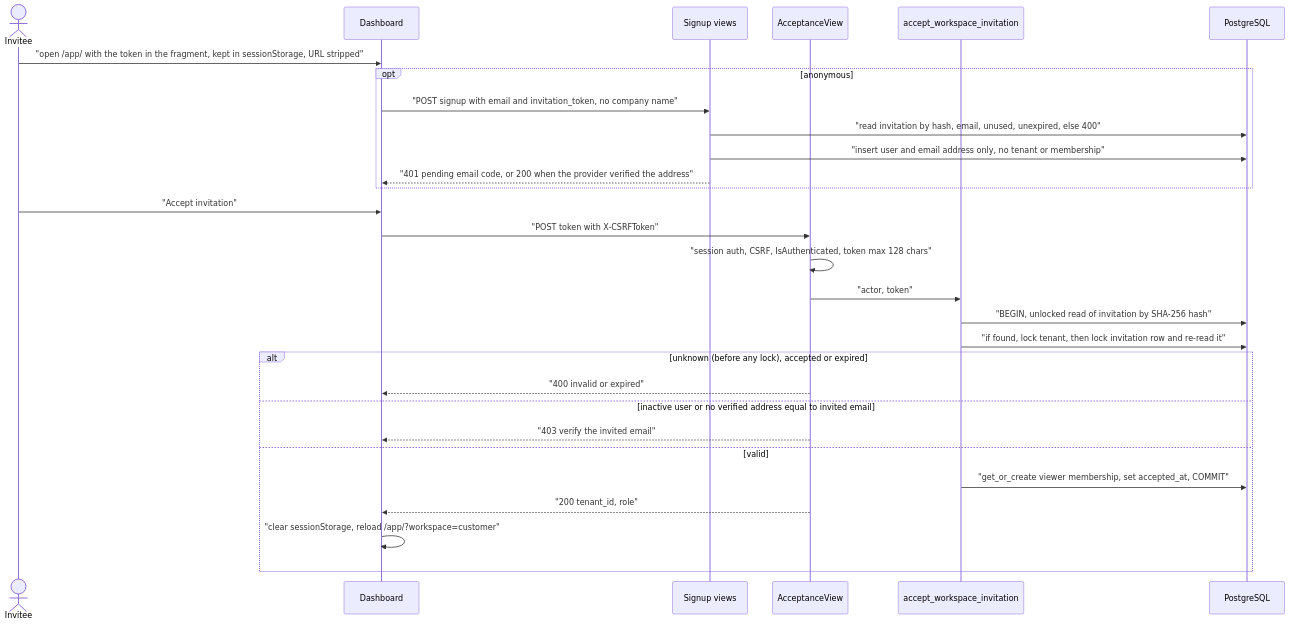
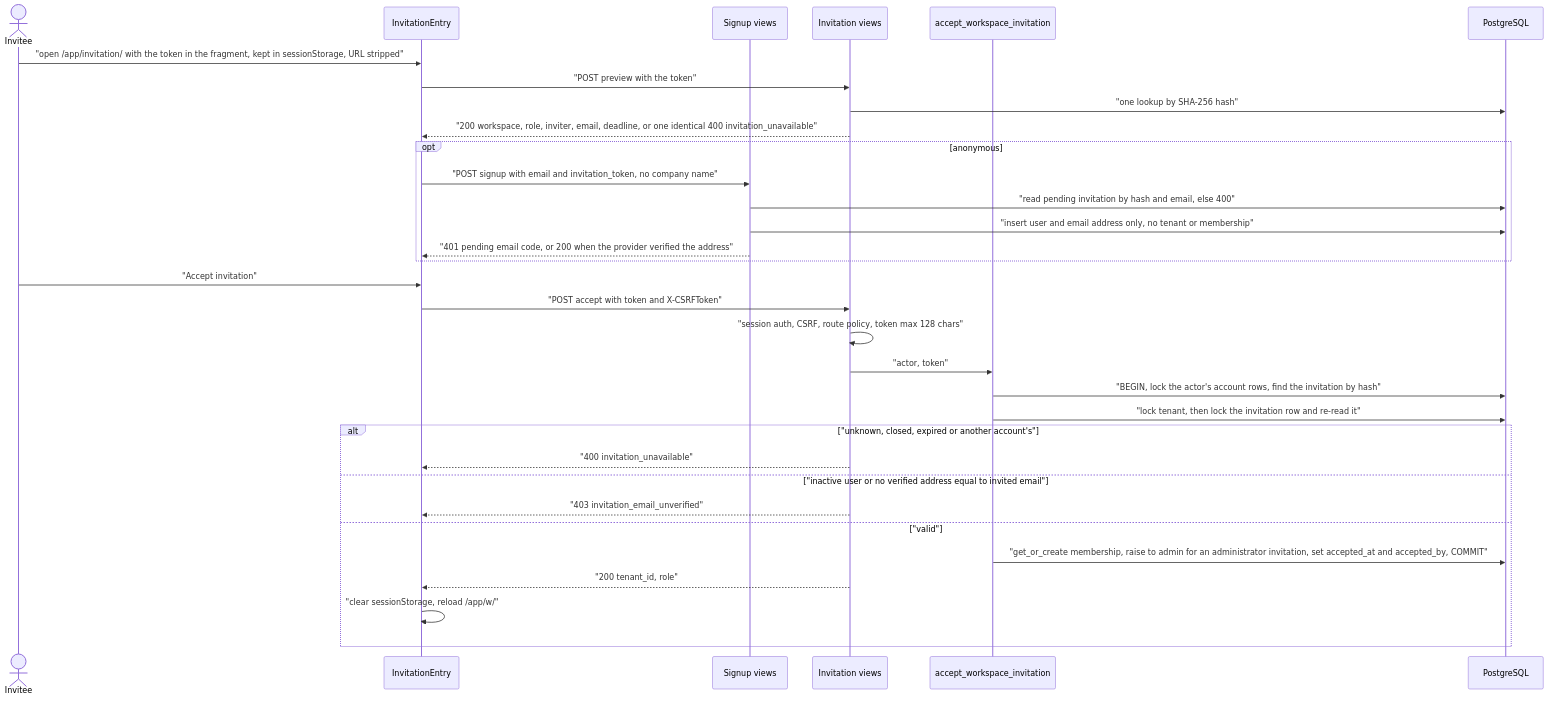
One commit to erkurtharun/pyracast changed the diagram in docs/flows/invitation-acceptance.md. Above: the diagram before and after it, drawn with Mermaid. The commit also changed other lines of this file and 85 other files, not shown here.

First line of the commit message:
Bring the flow pages in line with the code (#107)

````diff
--- a/docs/flows/invitation-acceptance.md
+++ b/docs/flows/invitation-acceptance.md
@@ -14,31 +14,34 @@
 ```mermaid
 sequenceDiagram
     actor I as Invitee
-    participant UI as Dashboard
+    participant UI as InvitationEntry
     participant S as Signup views
-    participant V as AcceptanceView
+    participant V as Invitation views
     participant Op as accept_workspace_invitation
     participant DB as PostgreSQL
-    I->>UI: "open /app/ with the token in the fragment, kept in sessionStorage, URL stripped"
+    I->>UI: "open /app/invitation/ with the token in the fragment, kept in sessionStorage, URL stripped"
+    UI->>V: "POST preview with the token"
+    V->>DB: "one lookup by SHA-256 hash"
+    V-->>UI: "200 workspace, role, inviter, email, deadline, or one identical 400 invitation_unavailable"
     opt anonymous
         UI->>S: "POST signup with email and invitation_token, no company name"
-        S->>DB: "read invitation by hash, email, unused, unexpired, else 400"
+        S->>DB: "read pending invitation by hash and email, else 400"
         S->>DB: "insert user and email address only, no tenant or membership"
         S-->>UI: "401 pending email code, or 200 when the provider verified the address"
     end
     I->>UI: "Accept invitation"
-    UI->>V: "POST token with X-CSRFToken"
-    V->>V: "session auth, CSRF, IsAuthenticated, token max 128 chars"
+    UI->>V: "POST accept with token and X-CSRFToken"
+    V->>V: "session auth, CSRF, route policy, token max 128 chars"
     V->>Op: "actor, token"
-    Op->>DB: "BEGIN, unlocked read of invitation by SHA-256 hash"
-    Op->>DB: "if found, lock tenant, then lock invitation row and re-read it"
-    alt unknown (before any lock), accepted or expired
-        V-->>UI: "400 invalid or expired"
-    else inactive user or no verified address equal to invited email
-        V-->>UI: "403 verify the invited email"
-    else valid
-        Op->>DB: "get_or_create viewer membership, set accepted_at, COMMIT"
+    Op->>DB: "BEGIN, lock the actor's account rows, find the invitation by hash"
+    Op->>DB: "lock tenant, then lock the invitation row and re-read it"
+    alt "unknown, closed, expired or another account's"
+        V-->>UI: "400 invitation_unavailable"
+    else "inactive user or no verified address equal to invited email"
+        V-->>UI: "403 invitation_email_unverified"
+    else "valid"
+        Op->>DB: "get_or_create membership, raise to admin for an administrator invitation, set accepted_at and accepted_by, COMMIT"
         V-->>UI: "200 tenant_id, role"
-        UI->>UI: "clear sessionStorage, reload /app/?workspace=customer"
+        UI->>UI: "clear sessionStorage, reload /app/w/"
     end
 ```
````
